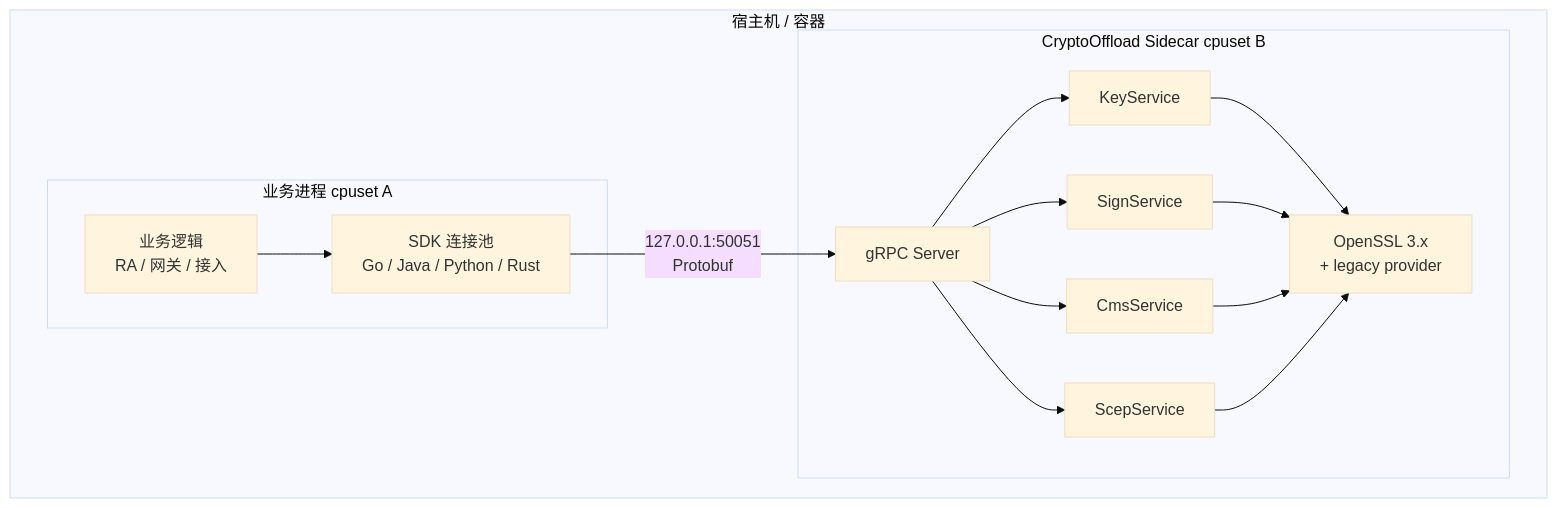
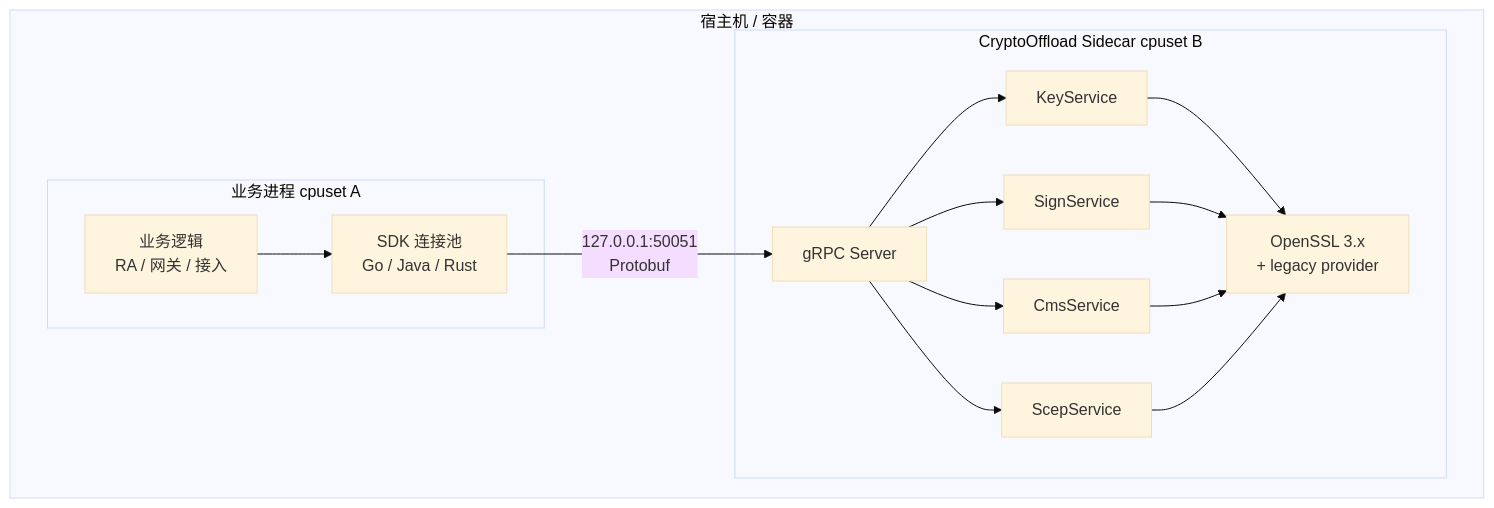
Before and after one commit to LeefMagnet/CryptoOffloadService: the first of 3 diagrams in docs/OVERVIEW.md, drawn with Mermaid (base theme). The commit also changed other lines of this file and 13 other files, not shown here.

First line of the commit message:
chore: drop Python SDK and document Go/Java/Rust-only integration

````diff
--- a/docs/OVERVIEW.md
+++ b/docs/OVERVIEW.md
@@ -33,21 +33,21 @@
 ```mermaid
 flowchart TB
   subgraph Host["宿主机 / 容器"]
     subgraph Biz["业务进程 cpuset A"]
       App[业务逻辑<br/>RA / 网关 / 接入]
-      SDK[SDK 连接池<br/>Go / Java / Python / Rust]
+      SDK[SDK 连接池<br/>Go / Java / Rust]
     end
     subgraph Sidecar["CryptoOffload Sidecar cpuset B"]
       GRPC[gRPC Server]
       KS[KeyService]
       SS[SignService]
       CS[CmsService]
       SC[ScepService]
       OSS[OpenSSL 3.x<br/>+ legacy provider]
       GRPC --> KS & SS & CS & SC
       KS & SS & CS & SC --> OSS
     end
     App --> SDK
     SDK -->|127.0.0.1:50051<br/>Protobuf| GRPC
   end
 ```
````
